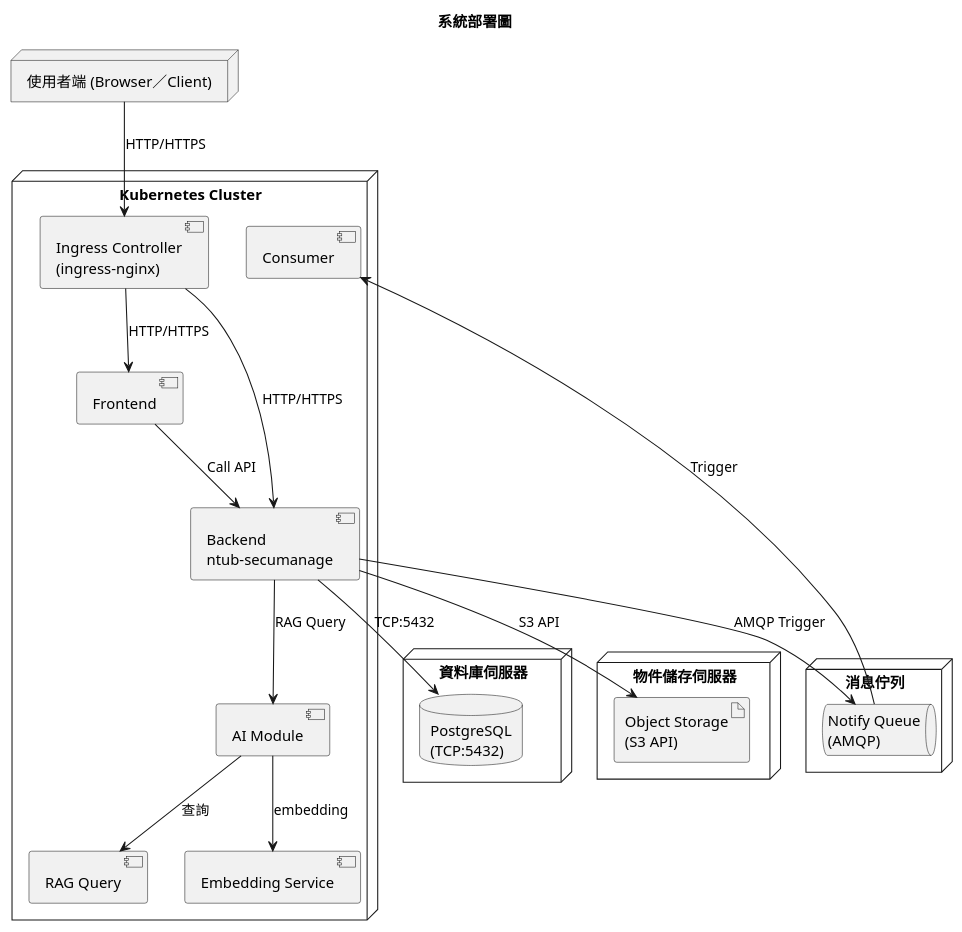
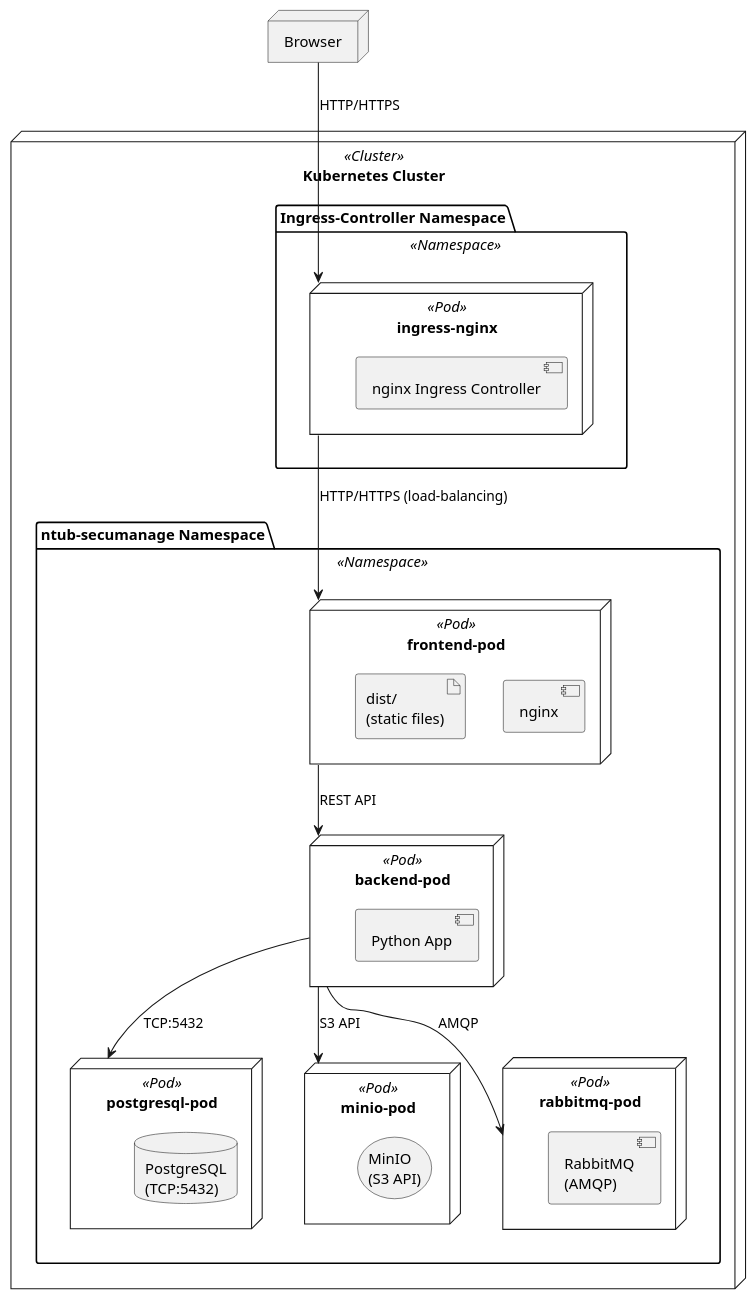
The diagram in plantUML/Deployment/deployment.puml (walle45611/NTUB_SecuManag_Diagram), drawn with PlantUML before and after one commit.

Commit message:
(modify): 更新系統部署圖，重構節點與連線以提升可讀性 (#15)

```diff
--- a/plantUML/Deployment/deployment.puml
+++ b/plantUML/Deployment/deployment.puml
@@ -1,40 +1,36 @@
 @startuml
-title 系統部署圖
+node "Browser" 
 
-node "使用者端 (Browser／Client)" as User
-node "Kubernetes Cluster" as K8s {
-  [Ingress Controller\n(ingress-nginx)] as Ingress
-  [Frontend] as FE
-  component "Backend\nntub-secumanage" as BE
-  component "Consumer" as Consumer
-  component "AI Module" as AIModule
-  component "RAG Query" as RAG
-  component "Embedding Service" as Embed
+node "Kubernetes Cluster" <<Cluster>> {
+  package "Ingress-Controller Namespace" <<Namespace>> {
+    node "ingress-nginx" <<Pod>> as IngressController {
+      component "nginx Ingress Controller"
+    }
+  }
+  package "ntub-secumanage Namespace" <<Namespace>> {
+    node "frontend-pod" <<Pod>> as FE {
+      component "nginx"
+      artifact "dist/\n(static files)"
+    }
+    node "backend-pod" <<Pod>> as BE {
+      component "Python App"
+    }
+    node "postgresql-pod" <<Pod>> as DB {
+      database "PostgreSQL\n(TCP:5432)"
+    }
+    node "minio-pod" <<Pod>> as S3 {
+      storage "MinIO\n(S3 API)"
+    }
+    node "rabbitmq-pod" <<Pod>> as RMQ {
+      component "RabbitMQ\n(AMQP)"
+    }
+  }
 }
 
-node "資料庫伺服器" as DB {
-  database "PostgreSQL\n(TCP:5432)" as Database
-}
-
-node "物件儲存伺服器" as OSS {
-  artifact "Object Storage\n(S3 API)" as Storage
-}
-
-node "消息佇列" as MQ {
-  queue "Notify Queue\n(AMQP)" as NotifyQ
-}
-
-' 流程連線
-User       --> Ingress    : HTTP/HTTPS
-Ingress    --> FE         : HTTP/HTTPS
-Ingress    --> BE         : HTTP/HTTPS
-FE         --> BE         : Call API
-BE         --> Database   : TCP:5432
-BE         --> Storage    : S3 API
-BE         --> NotifyQ    : AMQP Trigger
-NotifyQ    --> Consumer   : Trigger
-BE         --> AIModule   : RAG Query
-AIModule   --> RAG        : 查詢
-AIModule   --> Embed      : embedding
-
+Browser --> IngressController : HTTP/HTTPS
+IngressController --> FE   : HTTP/HTTPS (load-balancing)
+FE               --> BE   : REST API
+BE               --> DB   : TCP:5432
+BE               --> S3   : S3 API
+BE               --> RMQ  : AMQP
 @enduml
```
